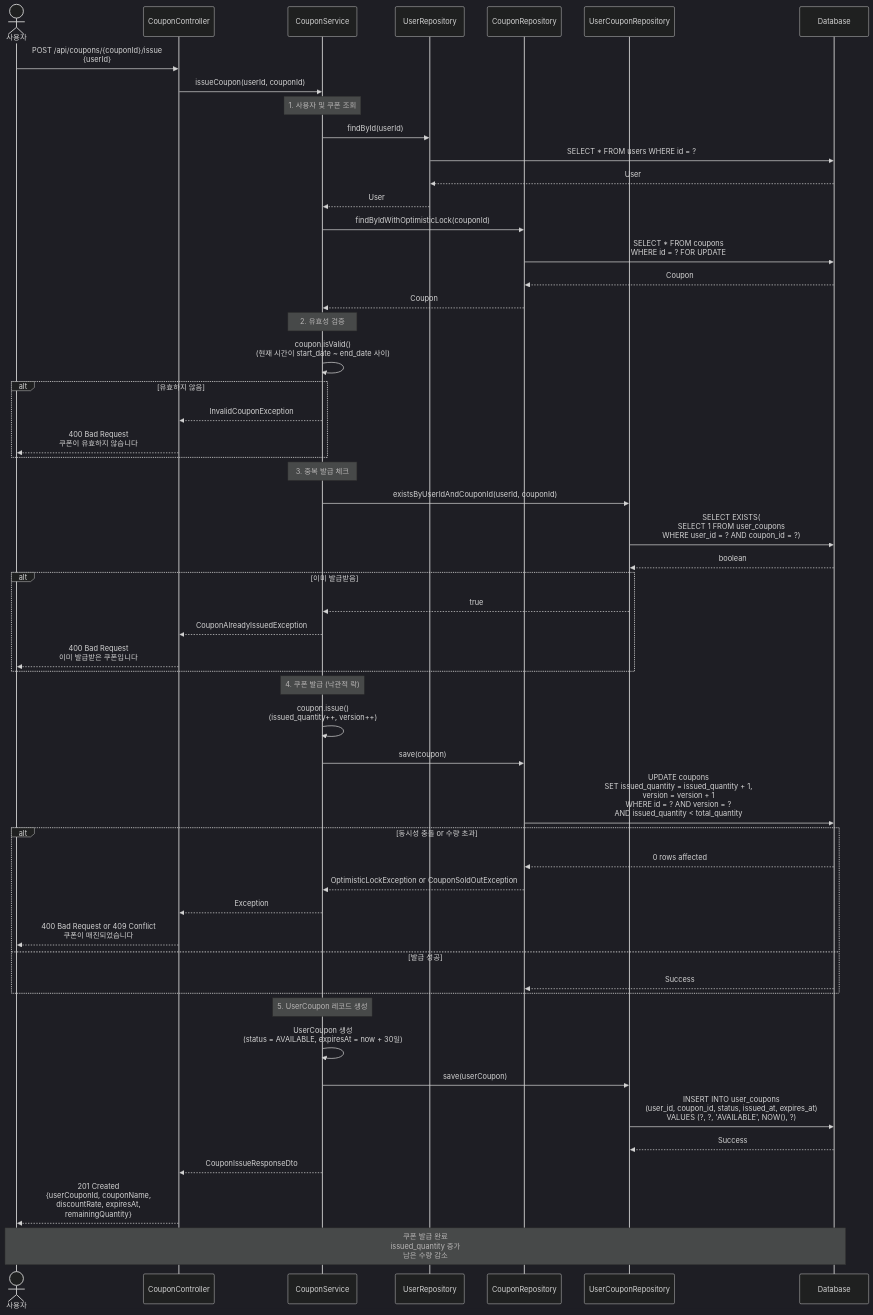
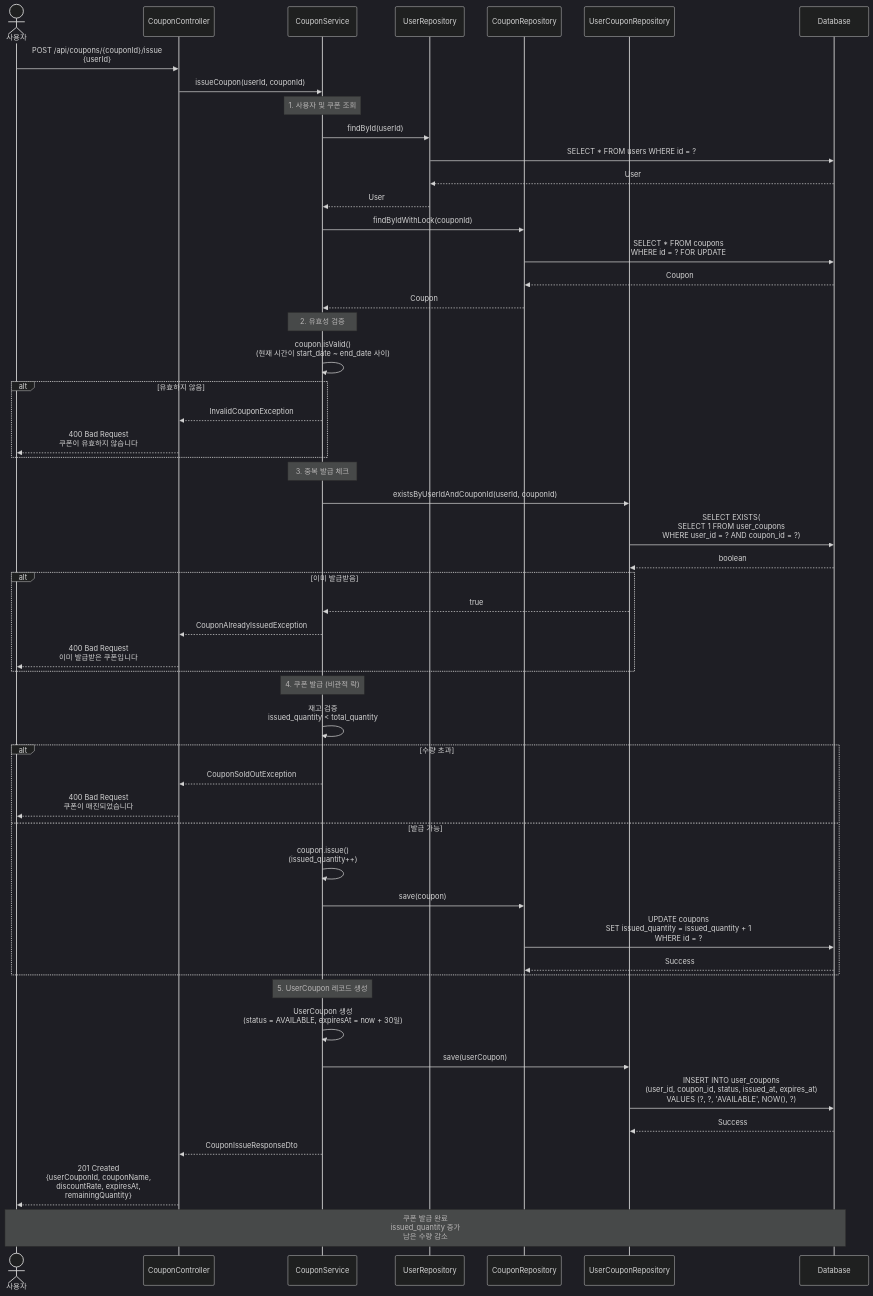
Diagram 15 of 24 in docs/sequence-diagrams.md (knowave/hhplus-ecommerce-kotlin), drawn with Mermaid (dark theme) before and after one commit. The commit also changed other lines of this file and 12 other files, not shown here.

````diff
--- a/docs/sequence-diagrams.md
+++ b/docs/sequence-diagrams.md
@@ -737,68 +737,67 @@
 ```mermaid
 sequenceDiagram
     actor User as 사용자
     participant Controller as CouponController
     participant Service as CouponService
     participant UserRepo as UserRepository
     participant CouponRepo as CouponRepository
     participant UserCouponRepo as UserCouponRepository
     participant DB as Database
 
     User->>Controller: POST /api/coupons/{couponId}/issue<br/>{userId}
     Controller->>Service: issueCoupon(userId, couponId)
 
     Note over Service: 1. 사용자 및 쿠폰 조회
     Service->>UserRepo: findById(userId)
     UserRepo->>DB: SELECT * FROM users WHERE id = ?
     DB-->>UserRepo: User
     UserRepo-->>Service: User
 
-    Service->>CouponRepo: findByIdWithOptimisticLock(couponId)
+    Service->>CouponRepo: findByIdWithLock(couponId)
     CouponRepo->>DB: SELECT * FROM coupons<br/>WHERE id = ? FOR UPDATE
     DB-->>CouponRepo: Coupon
     CouponRepo-->>Service: Coupon
 
     Note over Service: 2. 유효성 검증
     Service->>Service: coupon.isValid()<br/>(현재 시간이 start_date ~ end_date 사이)
 
     alt 유효하지 않음
         Service-->>Controller: InvalidCouponException
         Controller-->>User: 400 Bad Request<br/>쿠폰이 유효하지 않습니다
     end
 
     Note over Service: 3. 중복 발급 체크
     Service->>UserCouponRepo: existsByUserIdAndCouponId(userId, couponId)
     UserCouponRepo->>DB: SELECT EXISTS(<br/>SELECT 1 FROM user_coupons<br/>WHERE user_id = ? AND coupon_id = ?)
     DB-->>UserCouponRepo: boolean
 
     alt 이미 발급받음
         UserCouponRepo-->>Service: true
         Service-->>Controller: CouponAlreadyIssuedException
         Controller-->>User: 400 Bad Request<br/>이미 발급받은 쿠폰입니다
     end
 
-    Note over Service: 4. 쿠폰 발급 (낙관적 락)
-    Service->>Service: coupon.issue()<br/>(issued_quantity++, version++)
-    Service->>CouponRepo: save(coupon)
-    CouponRepo->>DB: UPDATE coupons<br/>SET issued_quantity = issued_quantity + 1,<br/>version = version + 1<br/>WHERE id = ? AND version = ?<br/>AND issued_quantity < total_quantity
+    Note over Service: 4. 쿠폰 발급 (비관적 락)
+    Service->>Service: 재고 검증<br/>issued_quantity < total_quantity
 
-    alt 동시성 충돌 or 수량 초과
-        DB-->>CouponRepo: 0 rows affected
-        CouponRepo-->>Service: OptimisticLockException or CouponSoldOutException
-        Service-->>Controller: Exception
-        Controller-->>User: 400 Bad Request or 409 Conflict<br/>쿠폰이 매진되었습니다
-    else 발급 성공
+    alt 수량 초과
+        Service-->>Controller: CouponSoldOutException
+        Controller-->>User: 400 Bad Request<br/>쿠폰이 매진되었습니다
+    else 발급 가능
+        Service->>Service: coupon.issue()<br/>(issued_quantity++)
+        Service->>CouponRepo: save(coupon)
+        CouponRepo->>DB: UPDATE coupons<br/>SET issued_quantity = issued_quantity + 1<br/>WHERE id = ?
         DB-->>CouponRepo: Success
     end
 
     Note over Service: 5. UserCoupon 레코드 생성
     Service->>Service: UserCoupon 생성<br/>(status = AVAILABLE, expiresAt = now + 30일)
     Service->>UserCouponRepo: save(userCoupon)
     UserCouponRepo->>DB: INSERT INTO user_coupons<br/>(user_id, coupon_id, status, issued_at, expires_at)<br/>VALUES (?, ?, 'AVAILABLE', NOW(), ?)
     DB-->>UserCouponRepo: Success
 
     Service-->>Controller: CouponIssueResponseDto
     Controller-->>User: 201 Created<br/>{userCouponId, couponName,<br/>discountRate, expiresAt,<br/>remainingQuantity}
 
     Note over User,DB: 쿠폰 발급 완료<br/>issued_quantity 증가<br/>남은 수량 감소
 ```
````
